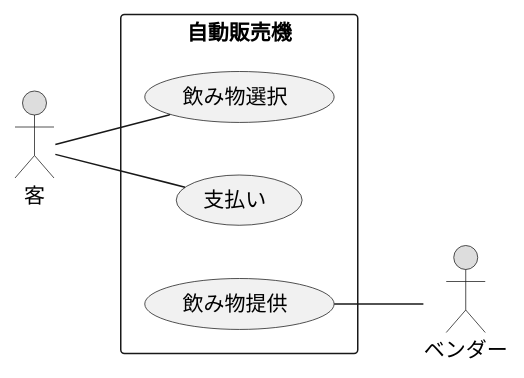
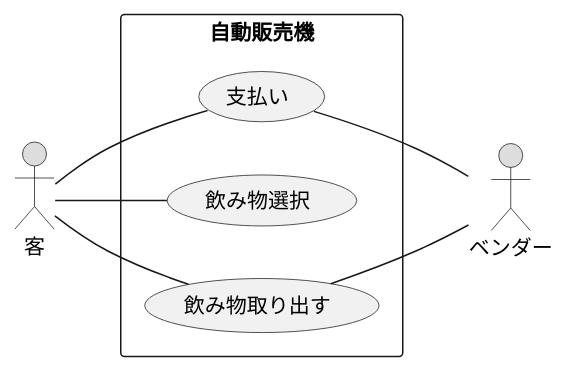
Before and after one commit to marute0215/uml-introduction: the diagram in 演習6-4-2_ユースケース図_自動販売機.pu, drawn with PlantUML. The commit also changed 2 other files, not shown here.

```diff
--- a/演習6-4-2_ユースケース図_自動販売機.pu
+++ b/演習6-4-2_ユースケース図_自動販売機.pu
@@ -1,16 +1,18 @@
 @startuml
 left to right direction
 
 actor 客 #DDDDDD
 actor ベンダー #DDDDDD
 
 rectangle 自動販売機 {
+    usecase "支払い" as 支払い
     usecase "飲み物選択" as 選択
-    usecase "支払い" as 支払い
-    usecase "飲み物提供" as 提供
+    usecase "飲み物取り出す" as 取り出し
 }
 
 客 -- 選択
 客 -- 支払い
-提供 -- ベンダー
+客 -- 取り出し
+支払い -- ベンダー
+取り出し -- ベンダー
 @enduml
```
